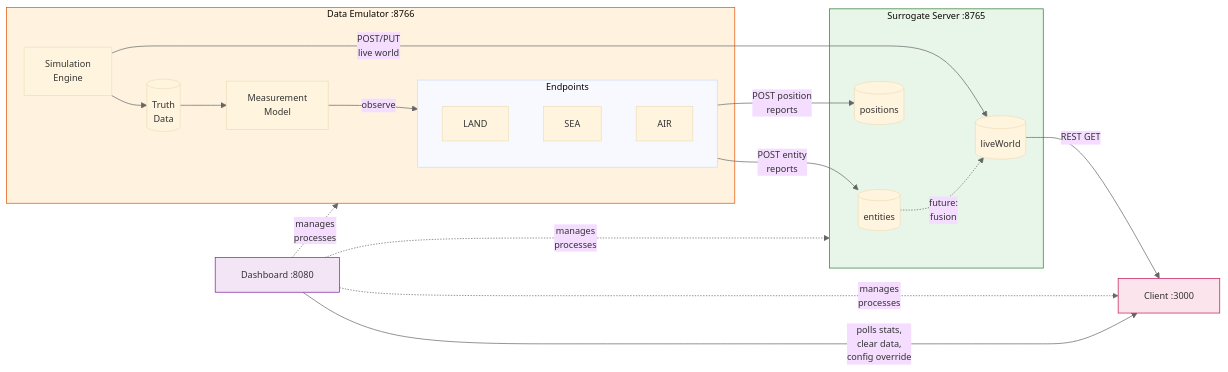
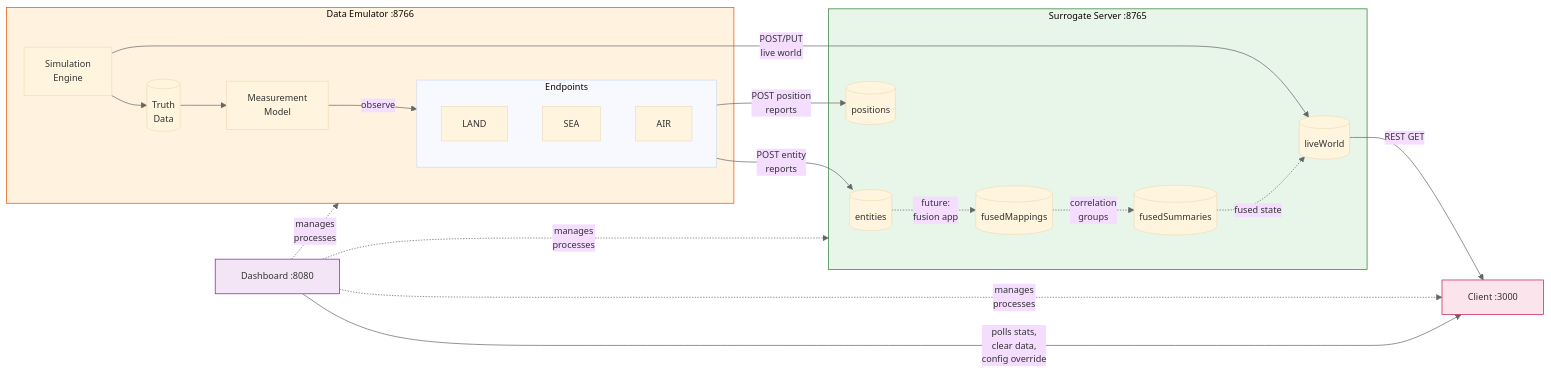
One commit to ericpauls/disco_workspace changed the first of 2 diagrams in docs/system-architecture-diagram.md. Above: the diagram before and after it, drawn with Mermaid. The commit also changed other lines of this file and 3 other files, not shown here.

````diff
--- a/docs/system-architecture-diagram.md
+++ b/docs/system-architecture-diagram.md
@@ -7,46 +7,50 @@
 ```mermaid
 %%{init: {'theme': 'base', 'themeVariables': { 'lineColor': '#666', 'fontSize': '13px'}}}%%
 flowchart LR
     subgraph emu["&nbsp;&nbsp;Data Emulator :8766&nbsp;&nbsp;"]
         sim["Simulation<br/>Engine"]
         truth[("Truth<br/>Data")]
         mm["Measurement<br/>Model"]
         subgraph eps["Endpoints"]
             ep1["LAND"]
             ep2["SEA"]
             ep3["AIR"]
         end
         sim --> truth
         truth --> mm
         mm -->|observe| eps
     end
 
     subgraph srv["&nbsp;&nbsp;Surrogate Server :8765&nbsp;&nbsp;"]
         ent[("entities")]
         pos[("positions")]
         lw[("liveWorld")]
+        fm[("fusedMappings")]
+        fs[("fusedSummaries")]
     end
 
     ui["&nbsp;&nbsp;Client :3000&nbsp;&nbsp;"]
     dash["&nbsp;&nbsp;Dashboard :8080&nbsp;&nbsp;"]
 
     eps -->|POST entity<br/>reports| ent
     eps -->|POST position<br/>reports| pos
     sim -->|POST/PUT<br/>live world| lw
-    ent -.->|future:<br/>fusion| lw
+    ent -.->|future:<br/>fusion app| fm
+    fm -.->|correlation<br/>groups| fs
+    fs -.->|fused state| lw
     lw -->|REST GET| ui
     dash -.->|manages<br/>processes| emu
     dash -.->|manages<br/>processes| srv
     dash -.->|manages<br/>processes| ui
     dash -->|polls stats,<br/>clear data,<br/>config override| ui
 
     classDef emuStyle fill:#fff3e0,stroke:#e65100
     classDef srvStyle fill:#e8f5e9,stroke:#2e7d32
     classDef uiStyle fill:#fce4ec,stroke:#c2185b
     classDef dashStyle fill:#f3e5f5,stroke:#7b1fa2
 
     class emu emuStyle
     class srv srvStyle
     class ui uiStyle
     class dash dashStyle
 ```
````
